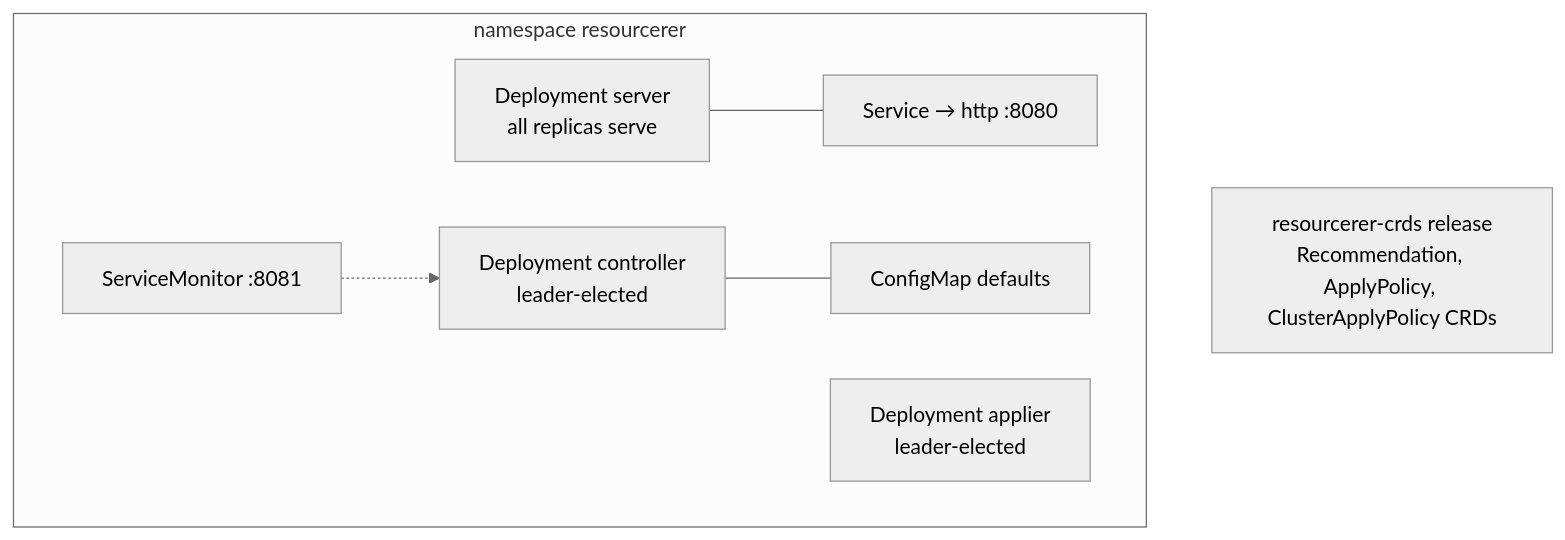
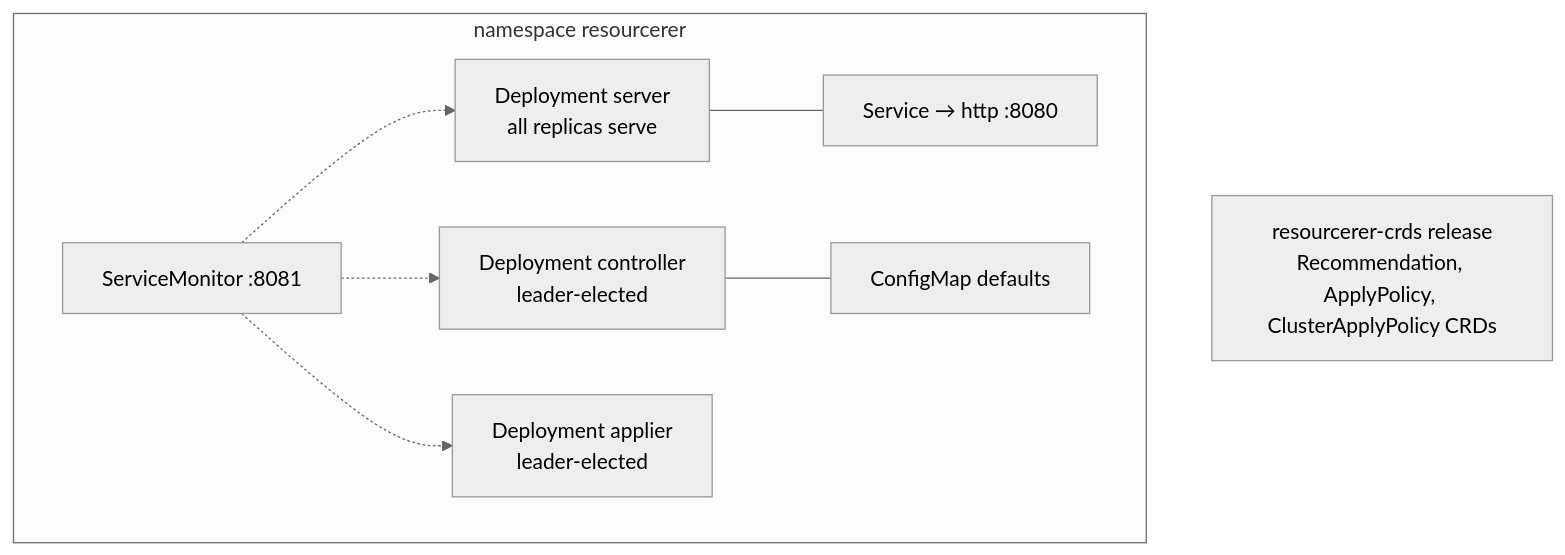
Diagram 12 of 12 in docs/architecture.md (gjbravi/resourcerer), drawn with Mermaid (neutral theme) before and after one commit. The commit also changed other lines of this file and 38 other files, not shown here.

````diff
--- a/docs/architecture.md
+++ b/docs/architecture.md
@@ -468,15 +472,17 @@
 ```mermaid
 flowchart TB
     subgraph ns[namespace resourcerer]
         dc[Deployment controller<br/>leader-elected]
         da[Deployment applier<br/>leader-elected]
         ds[Deployment server<br/>all replicas serve]
         svc[Service → http :8080]
         cmd[ConfigMap defaults]
         sm[ServiceMonitor :8081]
     end
     crds[resourcerer-crds release<br/>Recommendation, ApplyPolicy, ClusterApplyPolicy CRDs]
     ds --- svc
     dc --- cmd
     sm -.-> dc
+    sm -.-> ds
+    sm -.-> da
 ```
````
